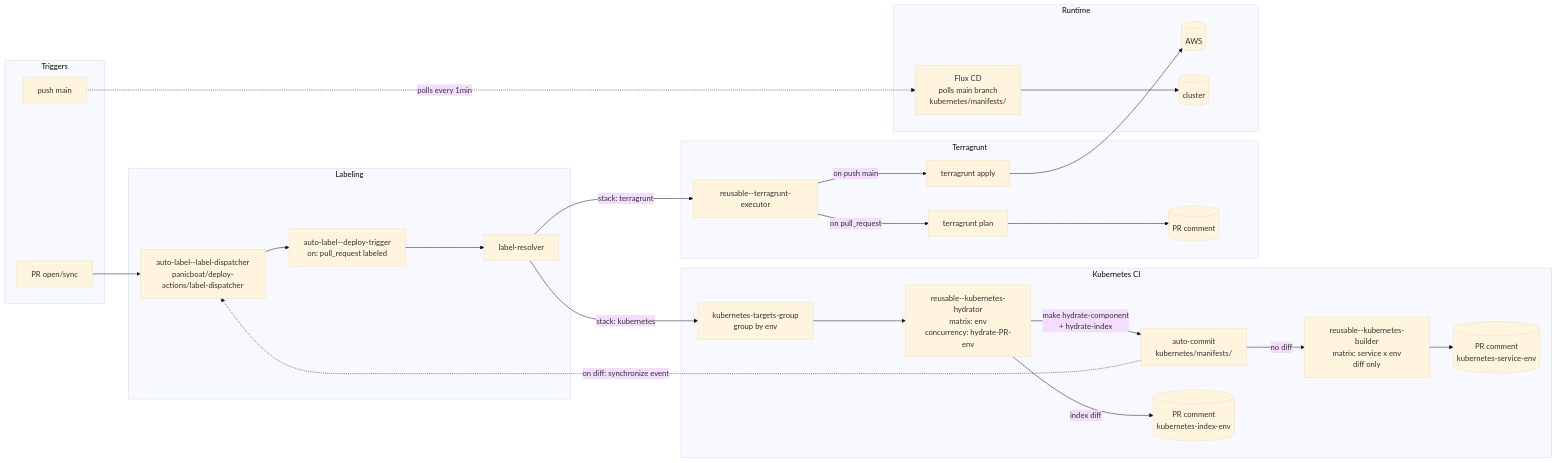
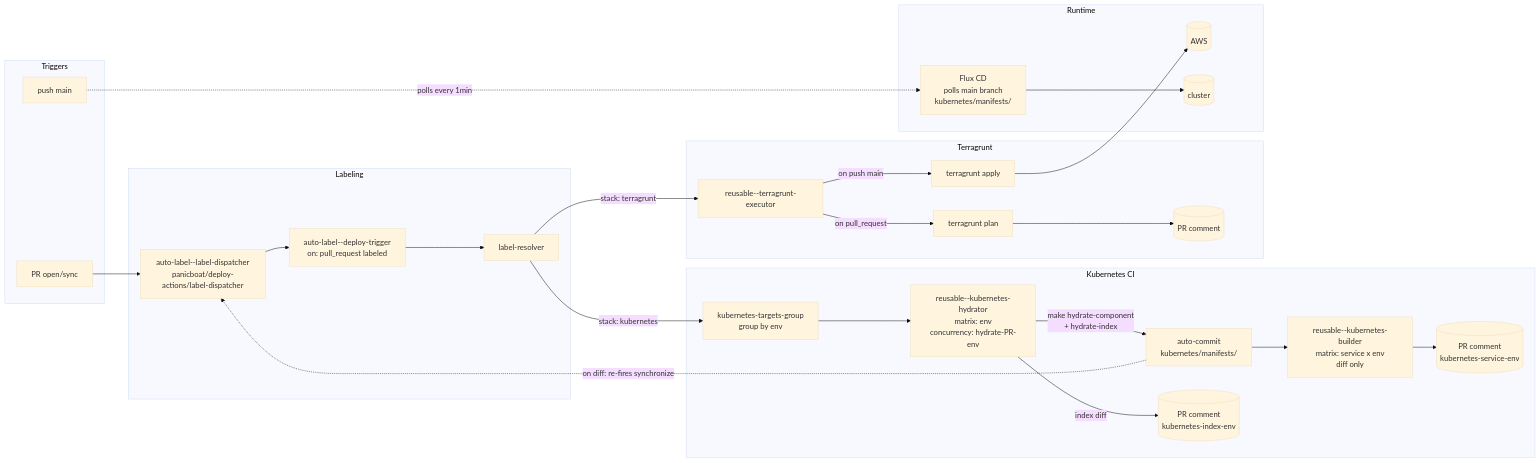
Before and after one commit to panicboat/platform: the diagram in README-ja.md, drawn with Mermaid (base theme). The commit also changed 1 other file, not shown here.

Commit message:
docs(readme): clarify hydrate loop edge labels
- Drop misleading 'no diff' label on Commit -> Builder; Builder runs every cycle
- Rename feedback edge to 'on diff: re-fires synchronize' to match actual behavior

````diff
--- a/README-ja.md
+++ b/README-ja.md
@@ -55,53 +55,53 @@
 ```mermaid
 flowchart LR
   subgraph Triggers
     PRevent[PR open/sync]
     Mainpush[push main]
   end
 
   subgraph Labeling
     Dispatcher[auto-label--label-dispatcher<br/>panicboat/deploy-actions/label-dispatcher]
     Trigger[auto-label--deploy-trigger<br/>on: pull_request labeled]
     Resolver[label-resolver]
   end
 
   subgraph KubernetesCI [Kubernetes CI]
     Group[kubernetes-targets-group<br/>group by env]
     Hydrator[reusable--kubernetes-hydrator<br/>matrix: env<br/>concurrency: hydrate-PR-env]
     Commit[auto-commit<br/>kubernetes/manifests/]
     Builder[reusable--kubernetes-builder<br/>matrix: service x env<br/>diff only]
     IndexComment[(PR comment<br/>kubernetes-index-env)]
     CompComment[(PR comment<br/>kubernetes-service-env)]
   end
 
   subgraph Terragrunt
     TG[reusable--terragrunt-executor]
     Plan[terragrunt plan]
     Apply[terragrunt apply]
     PRComment[(PR comment)]
   end
 
   subgraph Runtime
     AWS[(AWS)]
     FluxCD[Flux CD<br/>polls main branch<br/>kubernetes/manifests/]
     Cluster[(cluster)]
   end
 
   PRevent --> Dispatcher
   Dispatcher --> Trigger
   Trigger --> Resolver
   Resolver -->|stack: terragrunt| TG
   TG -->|on pull_request| Plan
   TG -->|on push main| Apply
   Plan --> PRComment
   Apply --> AWS
   Resolver -->|stack: kubernetes| Group
   Group --> Hydrator
   Hydrator -->|make hydrate-component<br/>+ hydrate-index| Commit
   Hydrator -->|index diff| IndexComment
-  Commit -->|no diff| Builder
+  Commit --> Builder
   Builder --> CompComment
   Mainpush -.->|polls every 1min| FluxCD
   FluxCD --> Cluster
-  Commit -.->|on diff: synchronize event| Dispatcher
+  Commit -.->|on diff: re-fires synchronize| Dispatcher
 ```
````
